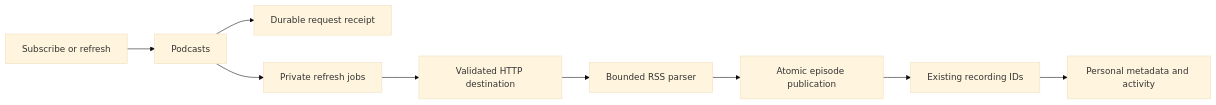
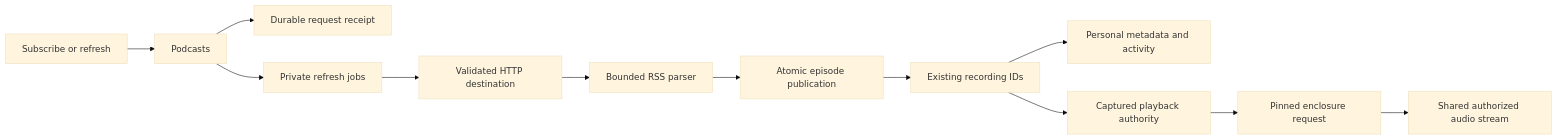
One commit to acidiney/hitoapp changed the diagram in docs/podcasts.md. Above: the diagram before and after it, drawn with Mermaid (base theme). The commit also changed other lines of this file and 6 other files, not shown here.

````diff
--- a/docs/podcasts.md
+++ b/docs/podcasts.md
@@ -9,11 +9,14 @@
 ```mermaid
 flowchart LR
     Request[Subscribe or refresh] --> Podcasts
     Podcasts --> Receipt[Durable request receipt]
     Podcasts --> Jobs[Private refresh jobs]
     Jobs --> HTTP[Validated HTTP destination]
     HTTP --> Parser[Bounded RSS parser]
     Parser --> Publish[Atomic episode publication]
     Publish --> Catalog[Existing recording IDs]
     Catalog --> Collection[Personal metadata and activity]
+    Catalog --> Grant[Captured playback authority]
+    Grant --> Enclosure[Pinned enclosure request]
+    Enclosure --> Stream[Shared authorized audio stream]
 ```
````
